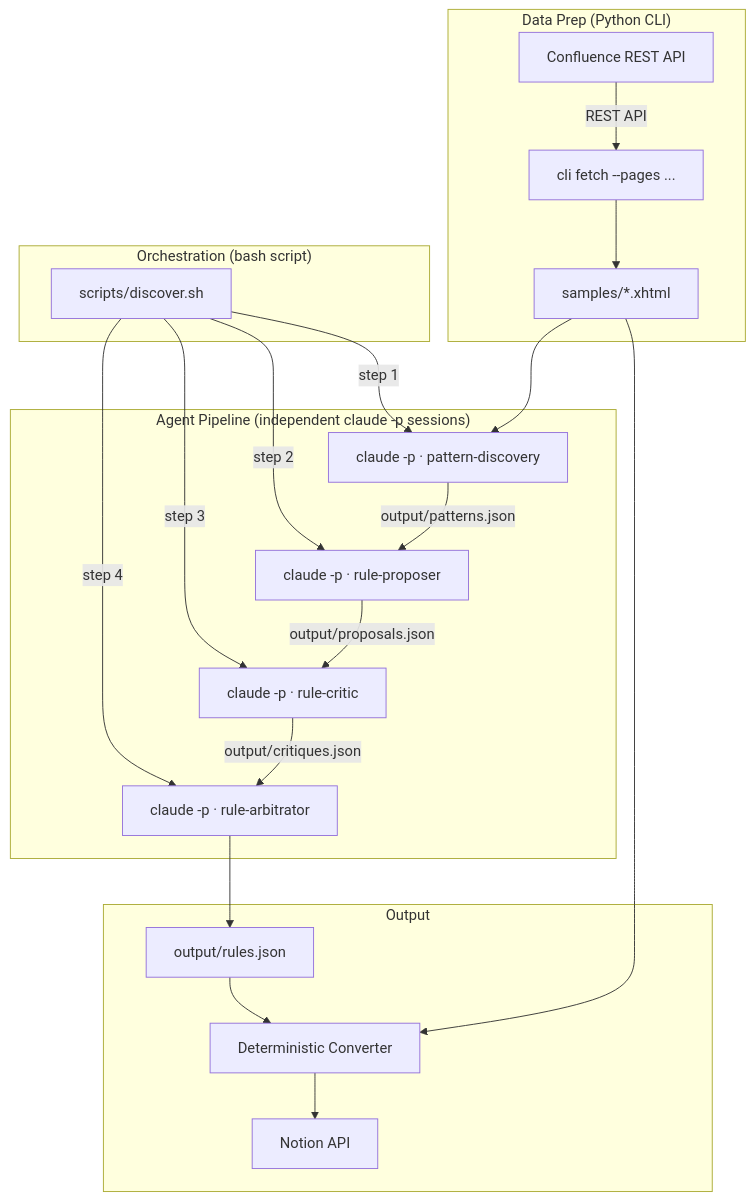
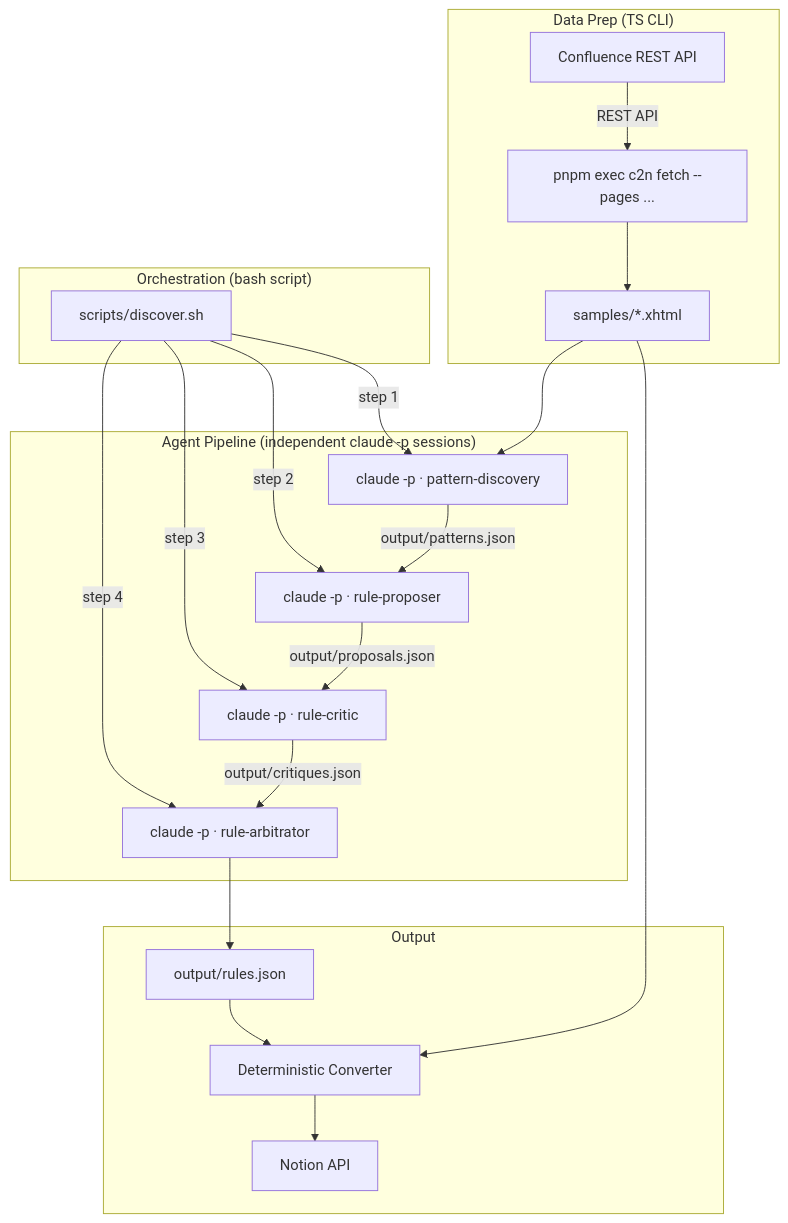
The diagram in .claude/docs/architecture.md (let-sunny/confluence-to-notion), drawn with Mermaid before and after one commit. The commit also changed other lines of this file and 95 other files, not shown here.

````diff
--- a/.claude/docs/architecture.md
+++ b/.claude/docs/architecture.md
@@ -5,43 +13,43 @@
 ```mermaid
 graph TD
-    subgraph "Data Prep (Python CLI)"
+    subgraph "Data Prep (TS CLI)"
         CF[Confluence REST API]
-        FETCH["cli fetch --pages ..."]
+        FETCH["pnpm exec c2n fetch --pages ..."]
         SAMPLES[samples/*.xhtml]
     end
 
     subgraph "Orchestration (bash script)"
         SCRIPT[scripts/discover.sh]
     end
 
     subgraph "Agent Pipeline (independent claude -p sessions)"
         D["claude -p · pattern-discovery"]
         P["claude -p · rule-proposer"]
         C["claude -p · rule-critic"]
         A["claude -p · rule-arbitrator"]
     end
 
     subgraph "Output"
         R[output/rules.json]
         CV[Deterministic Converter]
         N[Notion API]
     end
 
     CF -->|REST API| FETCH
     FETCH --> SAMPLES
 
     SCRIPT -->|step 1| D
     SCRIPT -->|step 2| P
     SCRIPT -->|step 3| C
     SCRIPT -->|step 4| A
 
     SAMPLES --> D
     D -->|output/patterns.json| P
     P -->|output/proposals.json| C
     C -->|output/critiques.json| A
     A --> R
 
     R --> CV
     SAMPLES --> CV
     CV --> N
 ```
````
